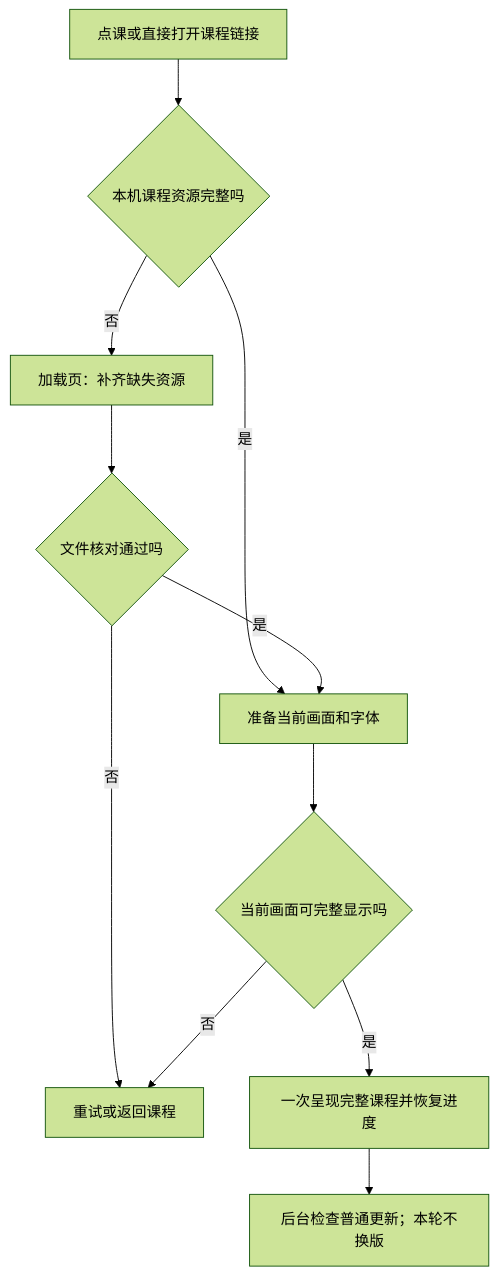
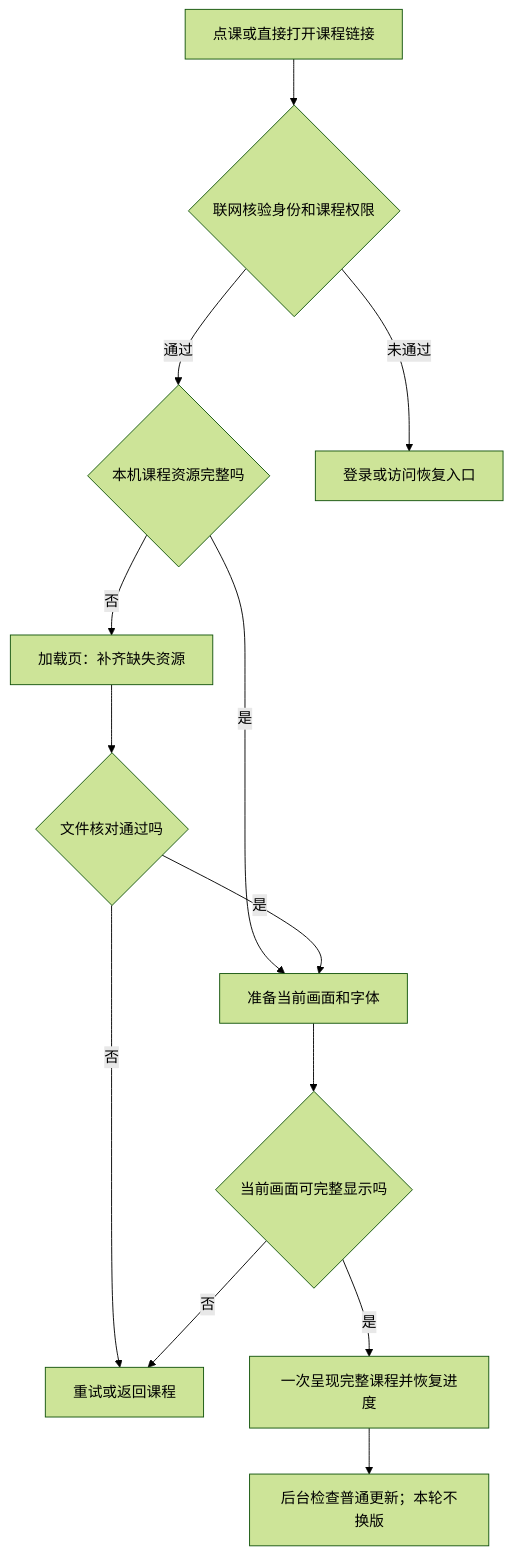
The diagram in docs/butcher-version/publish/2026-09-24-2031-v1.0-网页加载缓存设计.md (mrpersimmon/canranstudio), drawn with Mermaid (forest theme) before and after one commit. The commit also changed other lines of this file and 40 other files, not shown here.

````diff
--- a/docs/butcher-version/publish/2026-09-24-2031-v1.0-网页加载缓存设计.md
+++ b/docs/butcher-version/publish/2026-09-24-2031-v1.0-网页加载缓存设计.md
@@ -30,13 +30,15 @@
 ```mermaid
 flowchart TD
-    A[点课或直接打开课程链接] --> B{本机课程资源完整吗}
+    A[点课或直接打开课程链接] --> J{联网核验身份和课程权限}
+    J -- 通过 --> B{本机课程资源完整吗}
+    J -- 未通过 --> K[登录或访问恢复入口]
     B -- 是 --> E[准备当前画面和字体]
     B -- 否 --> C[加载页：补齐缺失资源]
     C --> D{文件核对通过吗}
     D -- 否 --> F[重试或返回课程]
     D -- 是 --> E
     E --> G{当前画面可完整显示吗}
     G -- 否 --> F
     G -- 是 --> H[一次呈现完整课程并恢复进度]
     H --> I[后台检查普通更新；本轮不换版]
 ```
````
